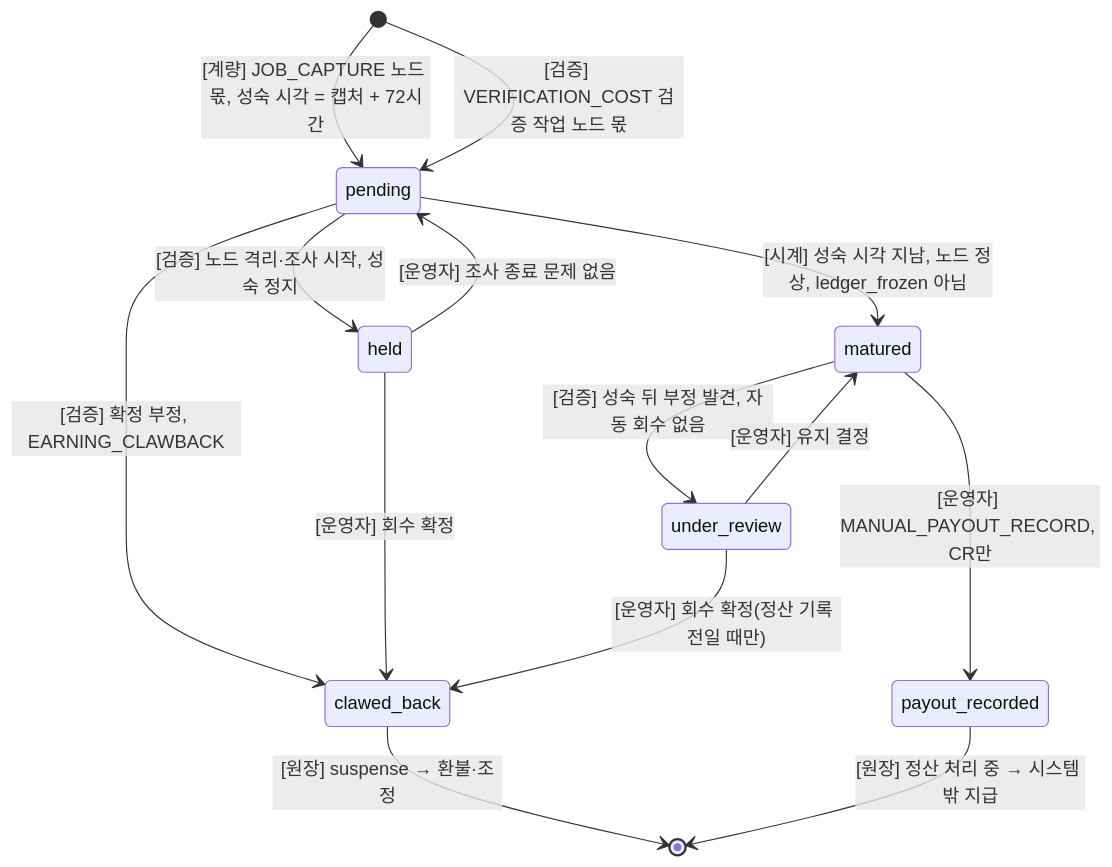
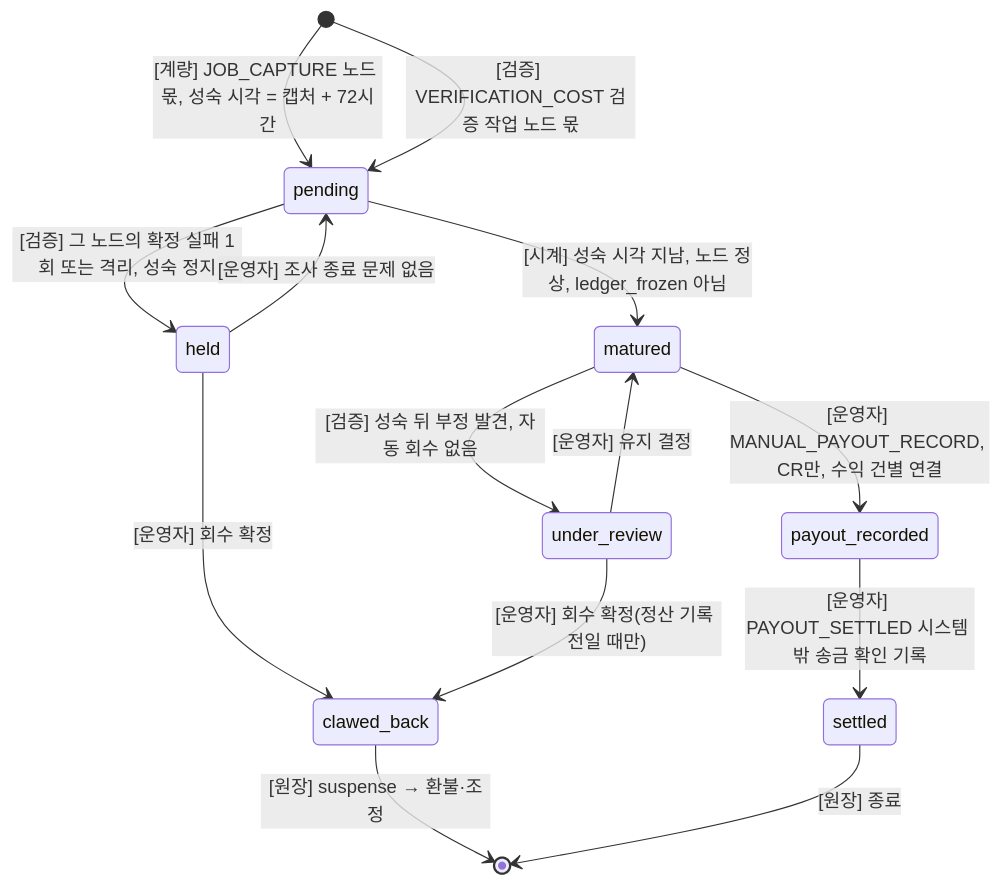
Diagram 18 of 23 in docs/ARCHITECTURE.md (songhojin0525/spareon), drawn with Mermaid before and after one commit. The commit also changed other lines of this file and 15 other files, not shown here.

````diff
--- a/docs/ARCHITECTURE.md
+++ b/docs/ARCHITECTURE.md
@@ -694,16 +707,16 @@
 ```mermaid
 stateDiagram-v2
   [*] --> pending : [계량] JOB_CAPTURE 노드 몫, 성숙 시각 = 캡처 + 72시간
   [*] --> pending : [검증] VERIFICATION_COST 검증 작업 노드 몫
   pending --> matured : [시계] 성숙 시각 지남, 노드 정상, ledger_frozen 아님
-  pending --> held : [검증] 노드 격리·조사 시작, 성숙 정지
+  pending --> held : [검증] 그 노드의 확정 실패 1회 또는 격리, 성숙 정지
   held --> pending : [운영자] 조사 종료 문제 없음
-  pending --> clawed_back : [검증] 확정 부정, EARNING_CLAWBACK
   held --> clawed_back : [운영자] 회수 확정
   matured --> under_review : [검증] 성숙 뒤 부정 발견, 자동 회수 없음
   under_review --> matured : [운영자] 유지 결정
   under_review --> clawed_back : [운영자] 회수 확정(정산 기록 전일 때만)
-  matured --> payout_recorded : [운영자] MANUAL_PAYOUT_RECORD, CR만
+  matured --> payout_recorded : [운영자] MANUAL_PAYOUT_RECORD, CR만, 수익 건별 연결
+  payout_recorded --> settled : [운영자] PAYOUT_SETTLED 시스템 밖 송금 확인 기록
   clawed_back --> [*] : [원장] suspense → 환불·조정
-  payout_recorded --> [*] : [원장] 정산 처리 중 → 시스템 밖 지급
+  settled --> [*] : [원장] 종료
 ```
````
